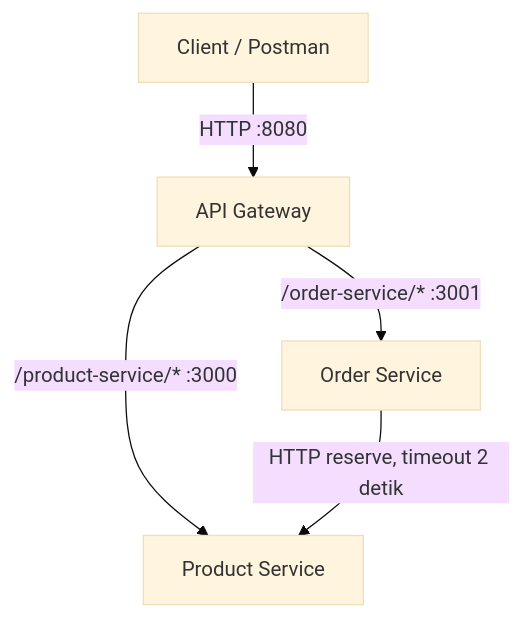
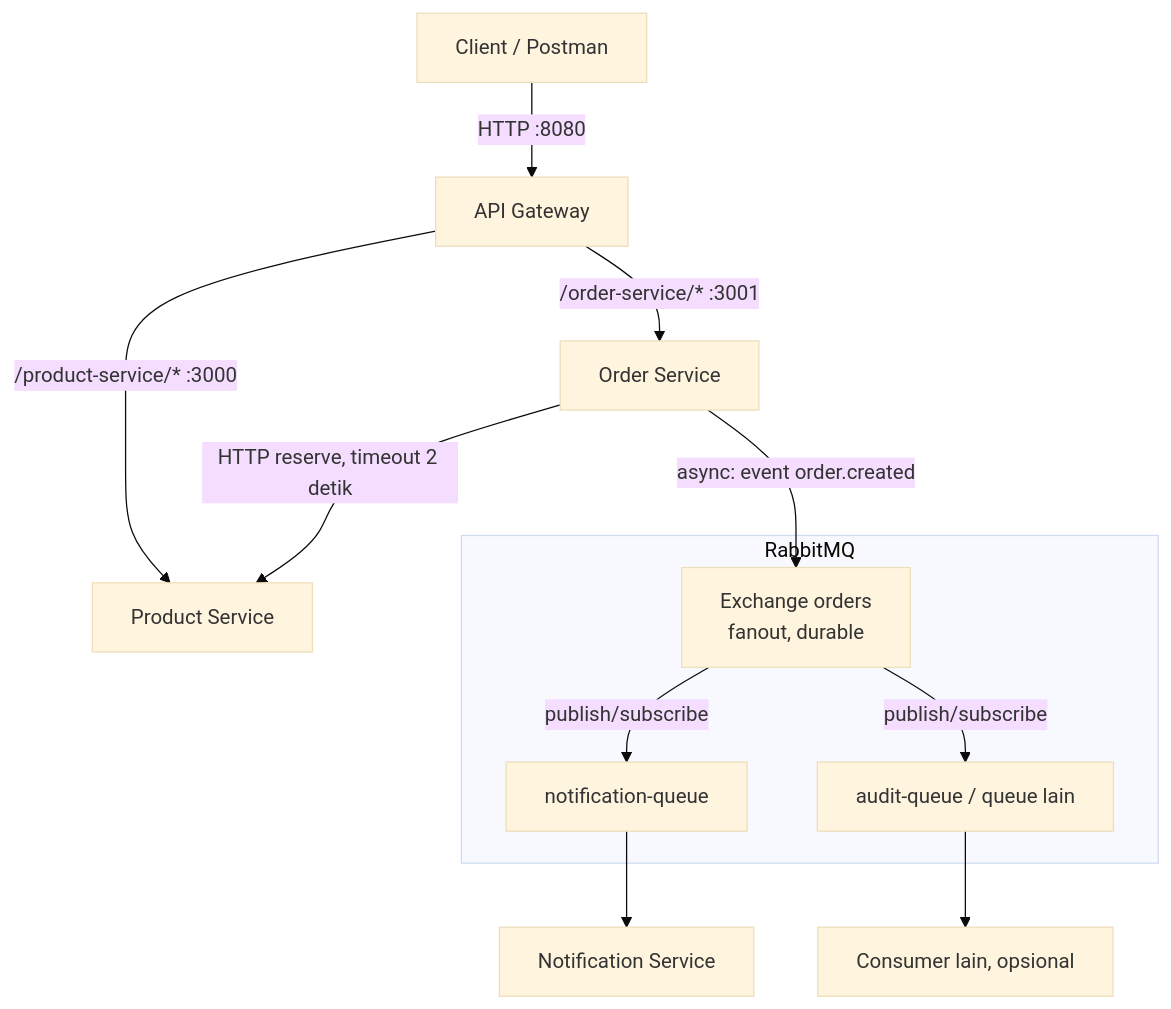
Before and after one commit to Kevin-Lng/Leb09_Toko_Kevin5803024018: the diagram in README.md, drawn with Mermaid (base theme). The commit also changed other lines of this file and 8 other files, not shown here.

````diff
--- a/README.md
+++ b/README.md
@@ -5,7 +13,14 @@
 ```mermaid
 flowchart TD
     C[Client / Postman] -->|HTTP :8080| G[API Gateway]
     G -->|/product-service/* :3000| P[Product Service]
     G -->|/order-service/* :3001| O[Order Service]
     O -->|HTTP reserve, timeout 2 detik| P
+    O -->|async: event order.created| X
+    subgraph R[RabbitMQ]
+        X[Exchange orders<br/>fanout, durable] -->|publish/subscribe| Q[notification-queue]
+        X -->|publish/subscribe| QA[audit-queue / queue lain]
+    end
+    Q --> N[Notification Service]
+    QA --> NA[Consumer lain, opsional]
 ```
````
